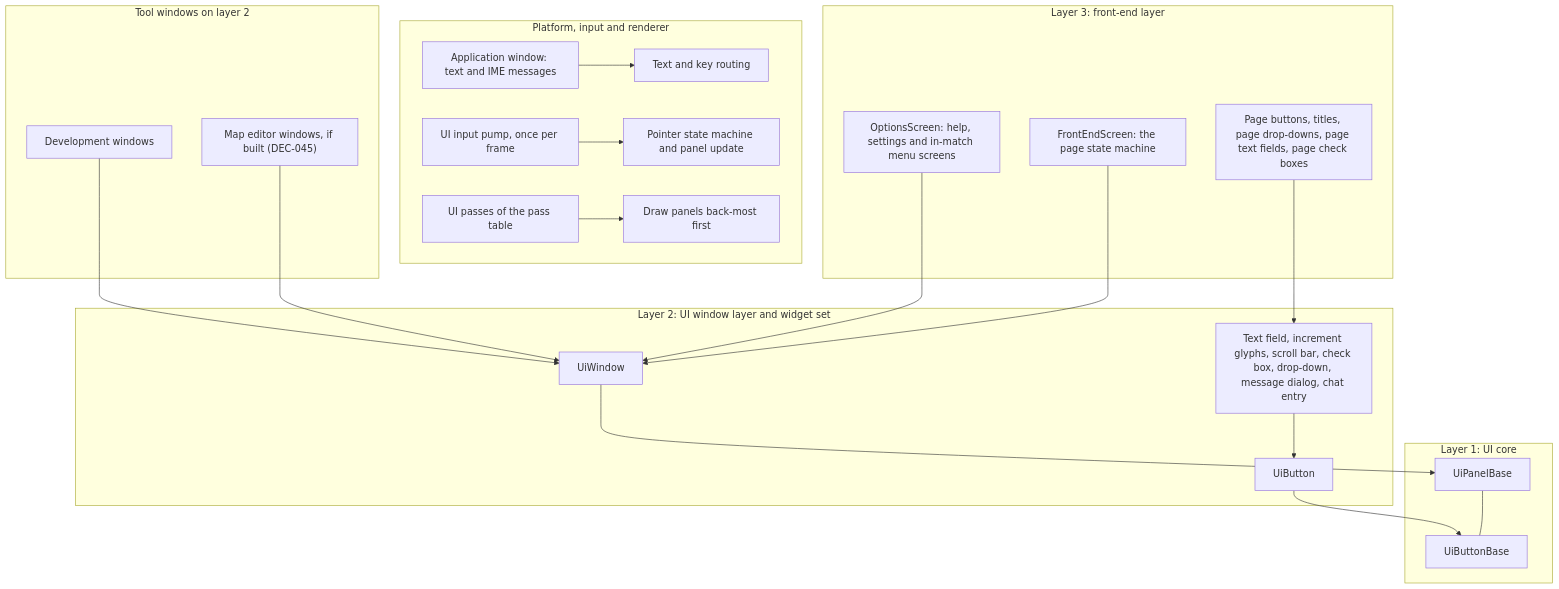
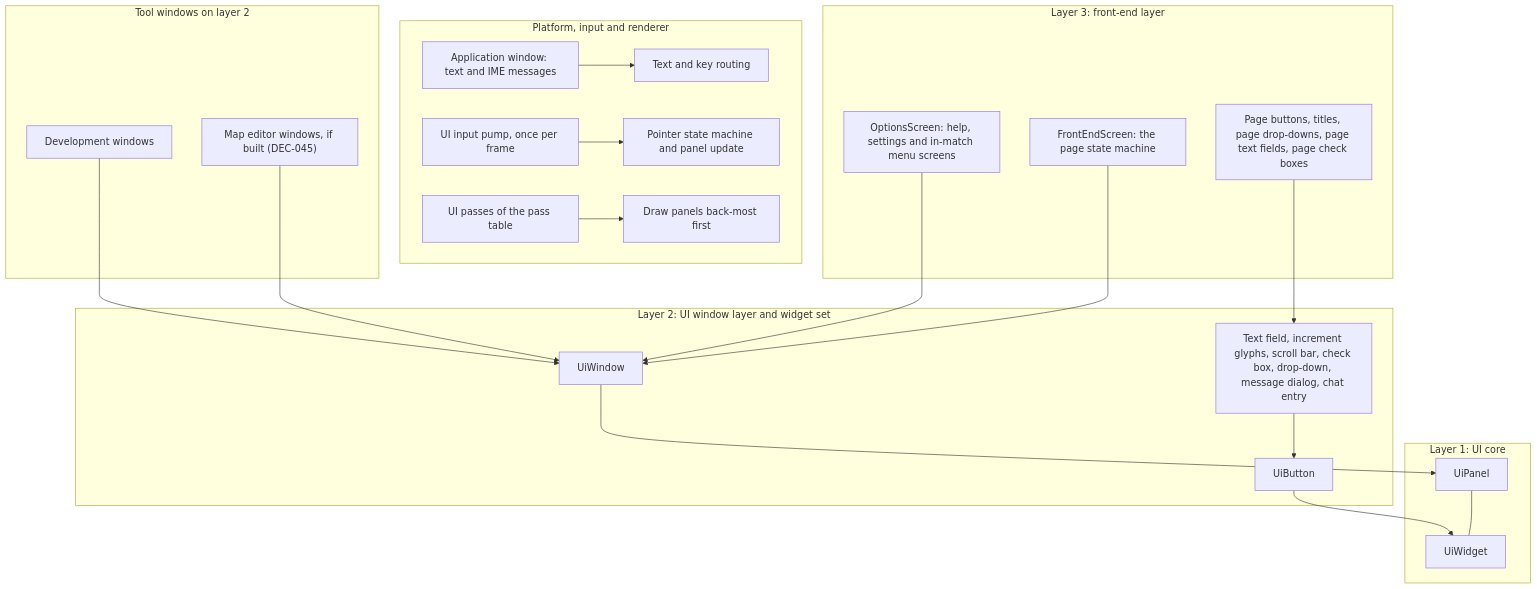
Before and after one commit to Zwaliebaba/Species.AI: the first of 2 diagrams in design_next/architecture/components/ui_framework/README.md, drawn with Mermaid. The commit also changed other lines of this file and 44 other files, not shown here.

````diff
--- a/design_next/architecture/components/ui_framework/README.md
+++ b/design_next/architecture/components/ui_framework/README.md
@@ -36,28 +36,28 @@
 ```mermaid
 flowchart TB
   subgraph Platform["Platform, input and renderer"]
     PW["Application window: text and IME messages"] --> TXT
     UIP["UI input pump, once per frame"] --> UPD
     RP["UI passes of the pass table"] --> DRW
   end
   subgraph Core["Layer 1: UI core"]
     UPD["Pointer state machine and panel update"]
     TXT["Text and key routing"]
     DRW["Draw panels back-most first"]
-    PB["UiPanelBase"] --- BB["UiButtonBase"]
+    PB["UiPanel"] --- BB["UiWidget"]
   end
   subgraph Window["Layer 2: UI window layer and widget set"]
     W["UiWindow"] --> PB
     B["UiButton"] --> BB
     WS["Text field, increment glyphs, scroll bar, check box, drop-down, message dialog, chat entry"] --> B
   end
   subgraph FrontEnd["Layer 3: front-end layer"]
     OS["OptionsScreen: help, settings and in-match menu screens"] --> W
     FES["FrontEndScreen: the page state machine"] --> W
     PF["Page buttons, titles, page drop-downs, page text fields, page check boxes"] --> WS
   end
   subgraph Tools["Tool windows on layer 2"]
     DEV["Development windows"] --> W
     EDT["Map editor windows, if built (DEC-045)"] --> W
   end
 ```
````
